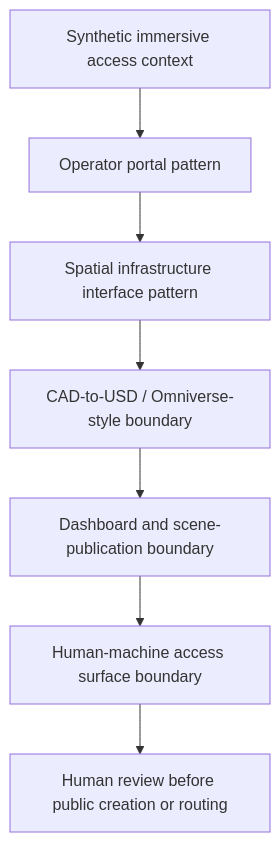
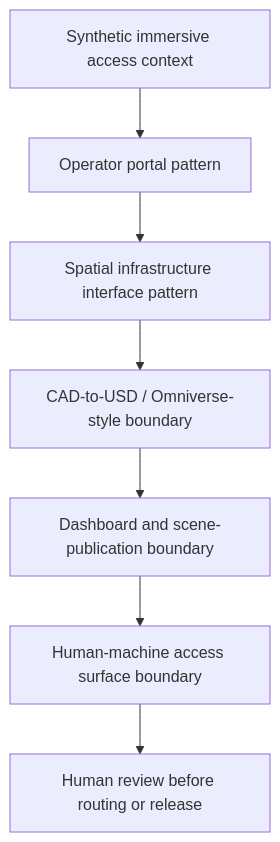
The diagram in immersive-access/public-safe-immersive-access-pattern.md (Franzabner/immersive-access-systems), drawn with Mermaid before and after one commit. The commit also changed other lines of this file and 8 other files, not shown here.

````diff
--- a/immersive-access/public-safe-immersive-access-pattern.md
+++ b/immersive-access/public-safe-immersive-access-pattern.md
@@ -62,9 +62,9 @@
 ```mermaid
 flowchart TD
   Context["Synthetic immersive access context"] --> Portal["Operator portal pattern"]
   Portal --> Spatial["Spatial infrastructure interface pattern"]
   Spatial --> Pipeline["CAD-to-USD / Omniverse-style boundary"]
   Pipeline --> Scene["Dashboard and scene-publication boundary"]
   Scene --> HMI["Human-machine access surface boundary"]
-  HMI --> Review["Human review before public creation or routing"]
+  HMI --> Review["Human review before routing or release"]
 ```
````
